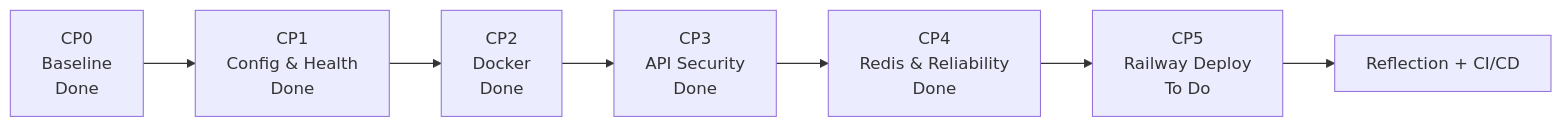
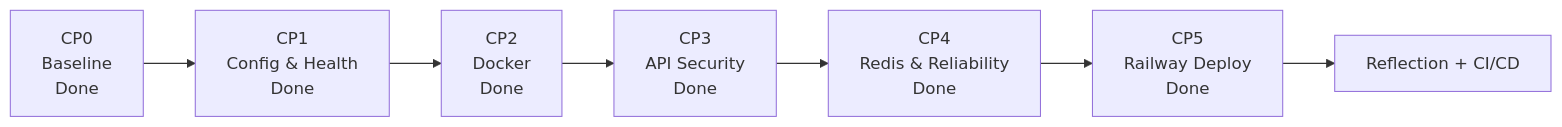
The third of 5 diagrams in JIRA_PLAN.md (Mrgintamago/K4-DAY12-2A202601776-NguyenXuanQuang), drawn with Mermaid before and after one commit. The commit also changed other lines of this file and 4 other files, not shown here.

Commit message:
Checkpoint 5: deploy chat service to Railway

````diff
--- a/JIRA_PLAN.md
+++ b/JIRA_PLAN.md
@@ -139,9 +140,9 @@
 ```mermaid
 flowchart LR
     CP0[CP0<br/>Baseline<br/>Done] --> CP1[CP1<br/>Config & Health<br/>Done]
     CP1 --> CP2[CP2<br/>Docker<br/>Done]
     CP2 --> CP3[CP3<br/>API Security<br/>Done]
     CP3 --> CP4[CP4<br/>Redis & Reliability<br/>Done]
-    CP4 --> CP5[CP5<br/>Railway Deploy<br/>To Do]
+    CP4 --> CP5[CP5<br/>Railway Deploy<br/>Done]
     CP5 --> F[Reflection + CI/CD]
 ```
````
